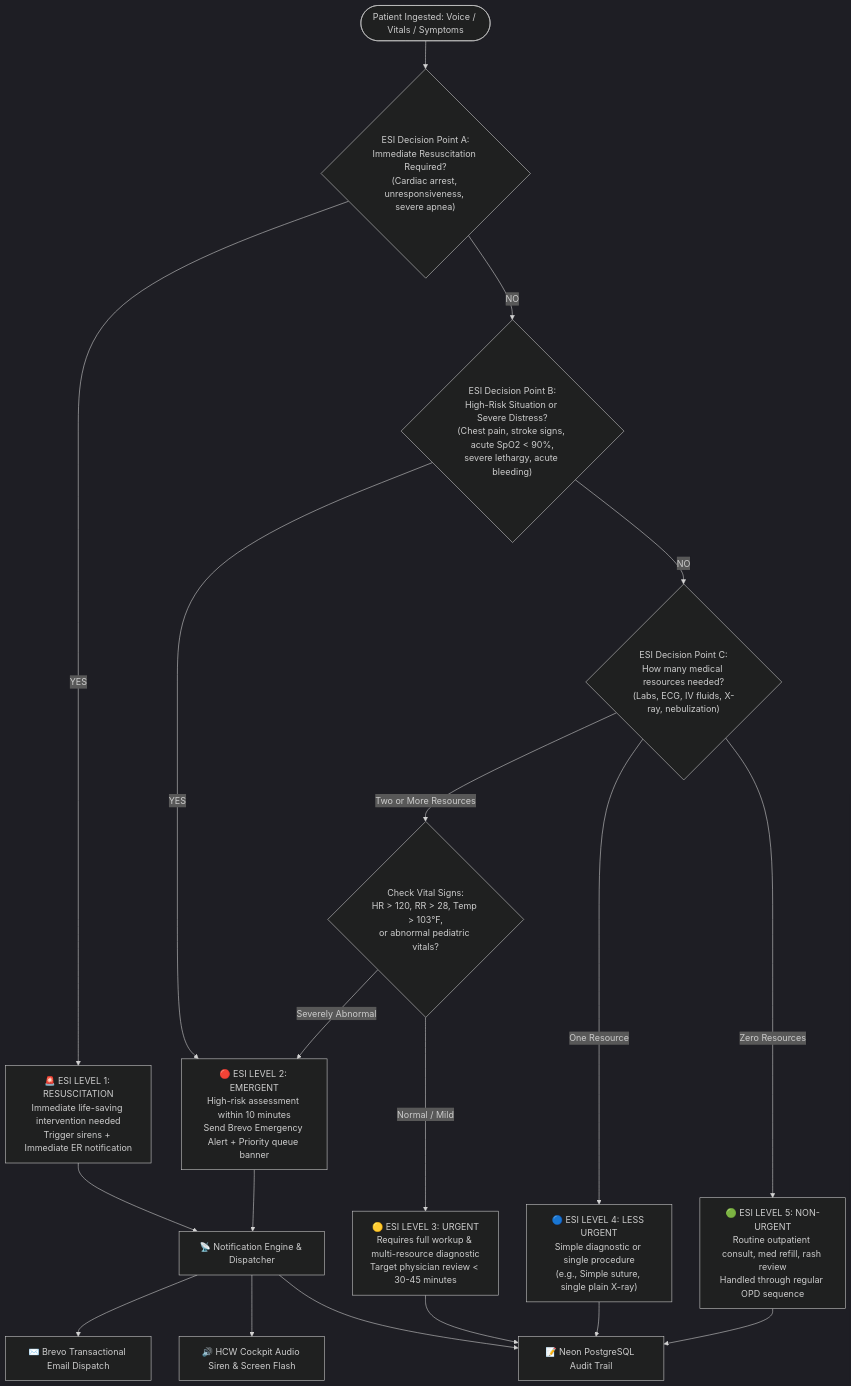
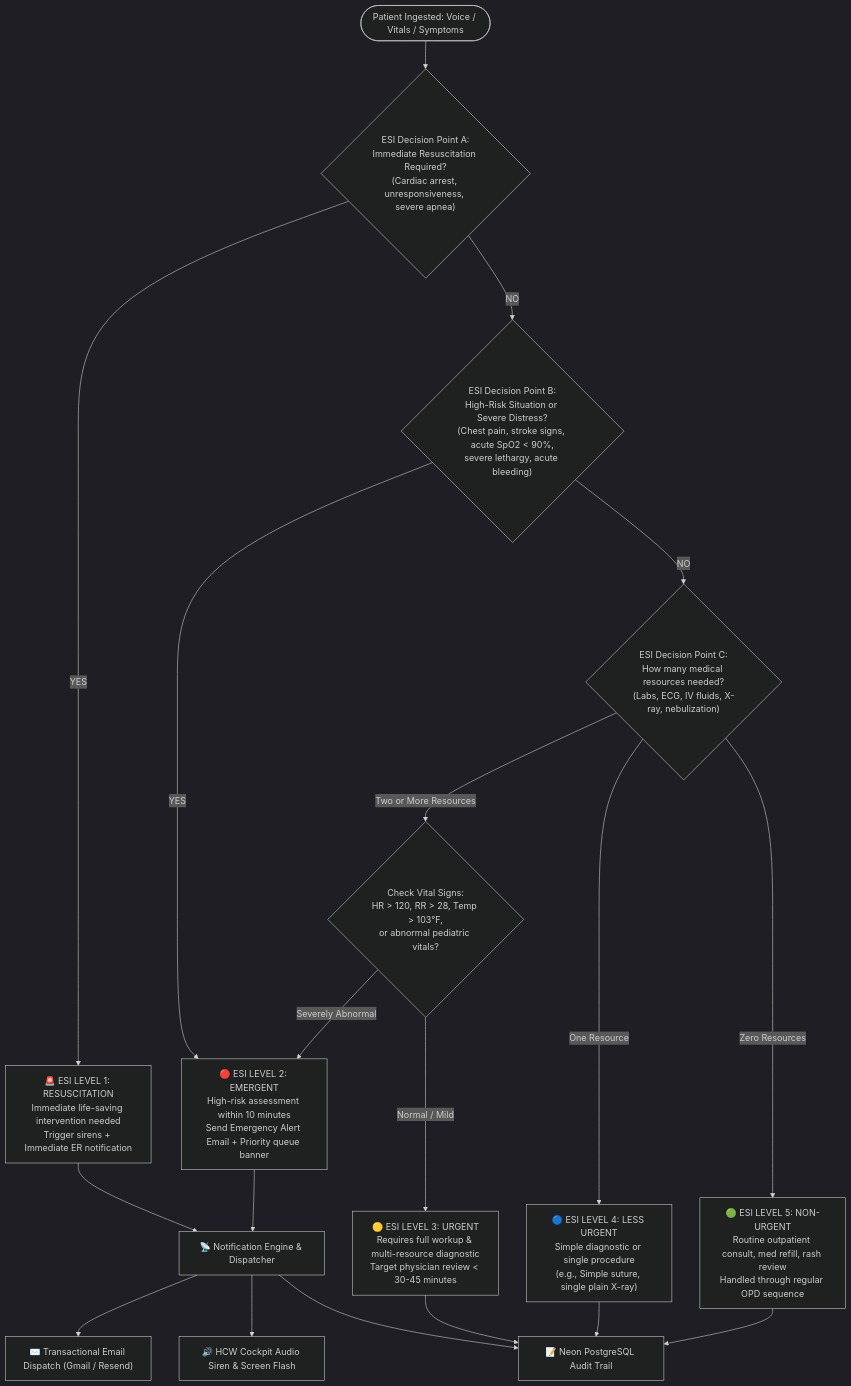
Before and after one commit to Myparadox-creator/SwasthyaTriage-AI: the fourth of 10 diagrams in README.md, drawn with Mermaid (dark theme). The commit also changed other lines of this file and 1 other file, not shown here.

Commit message:
docs: comprehensive README update with clinical NLP, RAG, Evidence Ledger, AI evaluation runs, and multi-provider email diagrams

````diff
--- a/README.md
+++ b/README.md
@@ -224,27 +273,27 @@
 ```mermaid
 flowchart TD
     START(["Patient Ingested: Voice / Vitals / Symptoms"]) --> STEP_1{"ESI Decision Point A:<br/>Immediate Resuscitation Required?<br/>(Cardiac arrest, unresponsiveness, severe apnea)"}
 
     STEP_1 -- YES --> ESI_1["🚨 ESI LEVEL 1: RESUSCITATION<br/>Immediate life-saving intervention needed<br/>Trigger sirens + Immediate ER notification"]
     STEP_1 -- NO --> STEP_2{"ESI Decision Point B:<br/>High-Risk Situation or Severe Distress?<br/>(Chest pain, stroke signs, acute SpO2 < 90%,<br/>severe lethargy, acute bleeding)"}
 
-    STEP_2 -- YES --> ESI_2["🔴 ESI LEVEL 2: EMERGENT<br/>High-risk assessment within 10 minutes<br/>Send Brevo Emergency Alert + Priority queue banner"]
+    STEP_2 -- YES --> ESI_2["🔴 ESI LEVEL 2: EMERGENT<br/>High-risk assessment within 10 minutes<br/>Send Emergency Alert Email + Priority queue banner"]
     STEP_2 -- NO --> STEP_3{"ESI Decision Point C:<br/>How many medical resources needed?<br/>(Labs, ECG, IV fluids, X-ray, nebulization)"}
 
     STEP_3 -- "Two or More Resources" --> VITAL_CHECK{"Check Vital Signs:<br/>HR > 120, RR > 28, Temp > 103°F,<br/>or abnormal pediatric vitals?"}
     VITAL_CHECK -- "Severely Abnormal" --> ESI_2
     VITAL_CHECK -- "Normal / Mild" --> ESI_3["🟡 ESI LEVEL 3: URGENT<br/>Requires full workup & multi-resource diagnostic<br/>Target physician review < 30-45 minutes"]
 
     STEP_3 -- "One Resource" --> ESI_4["🔵 ESI LEVEL 4: LESS URGENT<br/>Simple diagnostic or single procedure<br/>(e.g., Simple suture, single plain X-ray)"]
     STEP_3 -- "Zero Resources" --> ESI_5["🟢 ESI LEVEL 5: NON-URGENT<br/>Routine outpatient consult, med refill, rash review<br/>Handled through regular OPD sequence"]
 
     ESI_1 --> ALERT_BUS["📡 Notification Engine & Dispatcher"]
     ESI_2 --> ALERT_BUS
     ESI_3 --> AUDIT_LOG["📝 Neon PostgreSQL Audit Trail"]
     ESI_4 --> AUDIT_LOG
     ESI_5 --> AUDIT_LOG
 
-    ALERT_BUS --> BREVO_OUTBOX["✉️ Brevo Transactional Email Dispatch"]
+    ALERT_BUS --> EMAIL_OUTBOX["✉️ Transactional Email Dispatch (Gmail / Resend)"]
     ALERT_BUS --> SOUND_SIREN["🔊 HCW Cockpit Audio Siren & Screen Flash"]
     ALERT_BUS --> AUDIT_LOG
 ```
````
